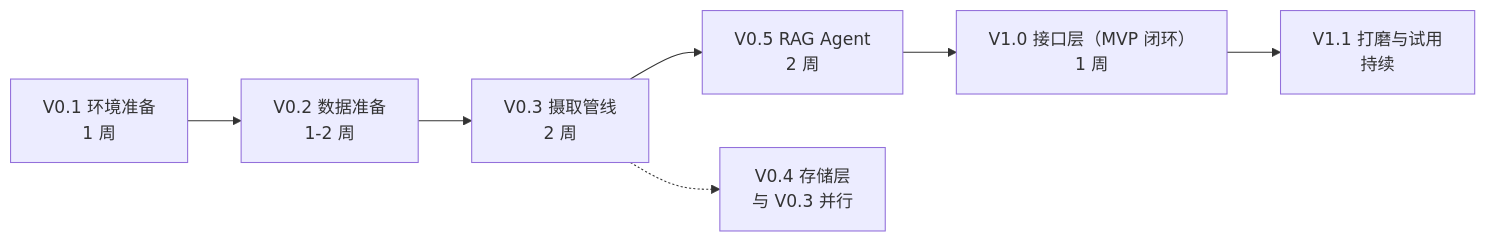
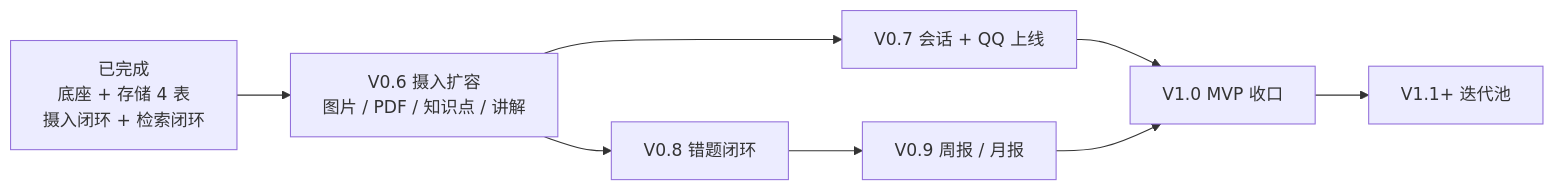
Before and after one commit to ttzc/gaokao_rag: the second of 2 diagrams in docs/roadmap.md, drawn with Mermaid. The commit also changed other lines of this file and 3 other files, not shown here.

First line of the commit message:
docs: roadmap 按实际时间线重写 + 外部引用版本段同步

````diff
--- a/docs/roadmap.md
+++ b/docs/roadmap.md
@@ -7,10 +294,10 @@
 ```mermaid
 flowchart LR
-    V01["V0.1 环境准备<br/>1 周"] --> V02["V0.2 数据准备<br/>1-2 周"]
-    V02 --> V03["V0.3 摄取管线<br/>2 周"]
-    V03 --> V05["V0.5 RAG Agent<br/>2 周"]
-    V05 --> V10["V1.0 接口层（MVP 闭环）<br/>1 周"]
-    V10 --> V11["V1.1 打磨与试用<br/>持续"]
-    
-    V03 -.-> V04["V0.4 存储层<br/>与 V0.3 并行"]
+    DONE["已完成<br/>底座 + 存储 4 表<br/>摄入闭环 + 检索闭环"] --> V06["V0.6 摄入扩容<br/>图片 / PDF / 知识点 / 讲解"]
+    V06 --> V07["V0.7 会话 + QQ 上线"]
+    V06 --> V08["V0.8 错题闭环"]
+    V08 --> V09["V0.9 周报 / 月报"]
+    V07 --> V10["V1.0 MVP 收口"]
+    V09 --> V10
+    V10 --> ITER["V1.1+ 迭代池"]
 ```
````
